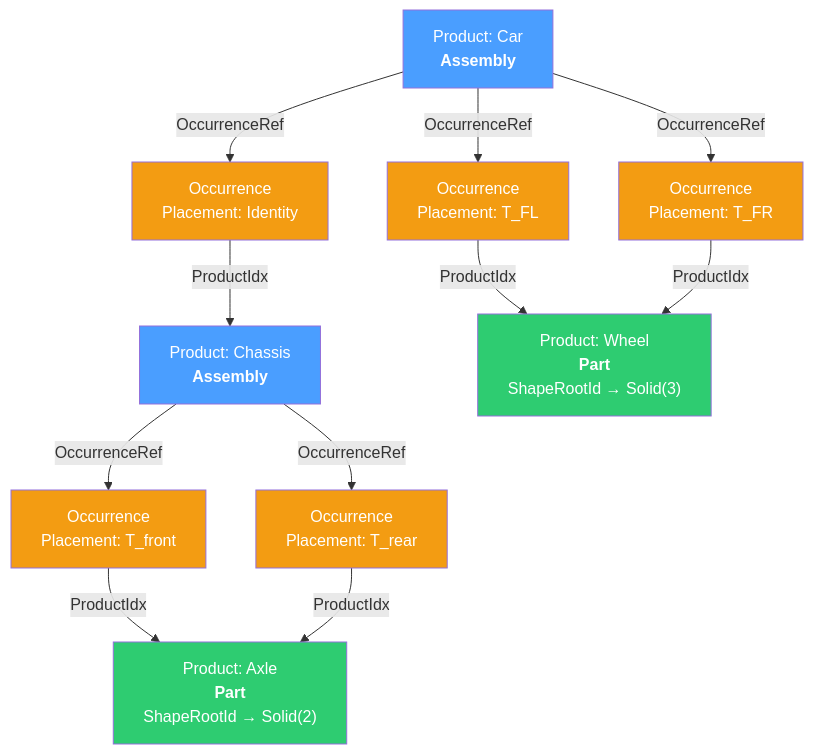
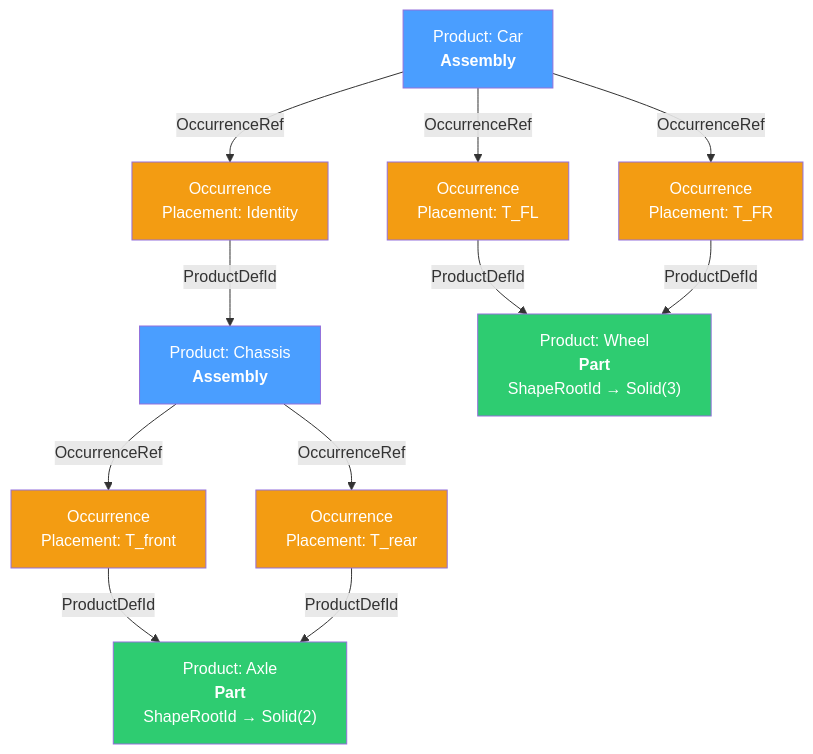
One commit to Open-Cascade-SAS/OCCT changed the second of 9 diagrams in src/ModelingData/TKBRep/BRepGraph/TODO_Assembly_Visualization.md. Above: the diagram before and after it, drawn with Mermaid. The commit also changed other lines of this file and 4 other files, not shown here.

````diff
--- a/src/ModelingData/TKBRep/BRepGraph/TODO_Assembly_Visualization.md
+++ b/src/ModelingData/TKBRep/BRepGraph/TODO_Assembly_Visualization.md
@@ -53,38 +53,38 @@
 ```mermaid
 graph TD
     Car["Product: Car<br/><b>Assembly</b>"]
     OccChassis["Occurrence<br/>Placement: Identity"]
     OccWheel1["Occurrence<br/>Placement: T_FL"]
     OccWheel2["Occurrence<br/>Placement: T_FR"]
 
     Chassis["Product: Chassis<br/><b>Assembly</b>"]
     OccAxle1["Occurrence<br/>Placement: T_front"]
     OccAxle2["Occurrence<br/>Placement: T_rear"]
 
     Axle["Product: Axle<br/><b>Part</b><br/>ShapeRootId → Solid(2)"]
     Wheel["Product: Wheel<br/><b>Part</b><br/>ShapeRootId → Solid(3)"]
 
     Car -->|OccurrenceRef| OccChassis
     Car -->|OccurrenceRef| OccWheel1
     Car -->|OccurrenceRef| OccWheel2
 
-    OccChassis -->|ProductIdx| Chassis
-    OccWheel1 -->|ProductIdx| Wheel
-    OccWheel2 -->|ProductIdx| Wheel
+    OccChassis -->|ProductDefId| Chassis
+    OccWheel1 -->|ProductDefId| Wheel
+    OccWheel2 -->|ProductDefId| Wheel
 
     Chassis -->|OccurrenceRef| OccAxle1
     Chassis -->|OccurrenceRef| OccAxle2
 
-    OccAxle1 -->|ProductIdx| Axle
-    OccAxle2 -->|ProductIdx| Axle
+    OccAxle1 -->|ProductDefId| Axle
+    OccAxle2 -->|ProductDefId| Axle
 
     style Car fill:#4a9eff,color:#fff
     style Chassis fill:#4a9eff,color:#fff
     style Axle fill:#2ecc71,color:#fff
     style Wheel fill:#2ecc71,color:#fff
     style OccChassis fill:#f39c12,color:#fff
     style OccWheel1 fill:#f39c12,color:#fff
     style OccWheel2 fill:#f39c12,color:#fff
     style OccAxle1 fill:#f39c12,color:#fff
     style OccAxle2 fill:#f39c12,color:#fff
 ```
````
